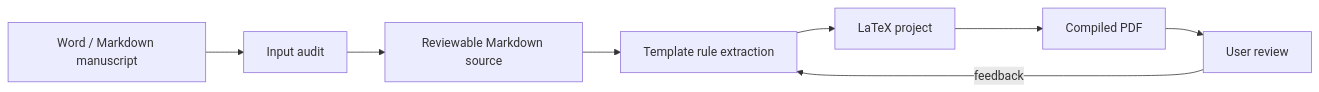
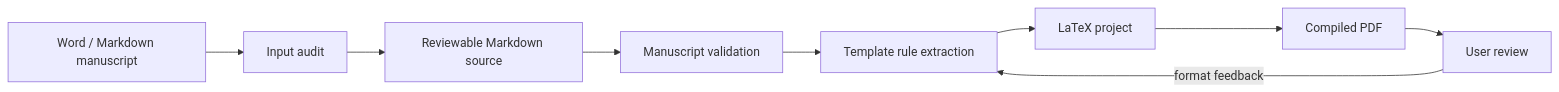
The diagram in README.md (TeoZ123/manuscript-to-latex-pdf-skill), drawn with Mermaid before and after one commit. The commit also changed other lines of this file and 3 other files, not shown here.

````diff
--- a/README.md
+++ b/README.md
@@ -18,10 +28,11 @@
 ```mermaid
 flowchart LR
     A["Word / Markdown manuscript"] --> B["Input audit"]
     B --> C["Reviewable Markdown source"]
-    C --> D["Template rule extraction"]
-    D --> E["LaTeX project"]
-    E --> F["Compiled PDF"]
-    F --> G["User review"]
-    G -->|"feedback"| D
+    C --> D["Manuscript validation"]
+    D --> E["Template rule extraction"]
+    E --> F["LaTeX project"]
+    F --> G["Compiled PDF"]
+    G --> H["User review"]
+    H -->|"format feedback"| E
 ```
````
